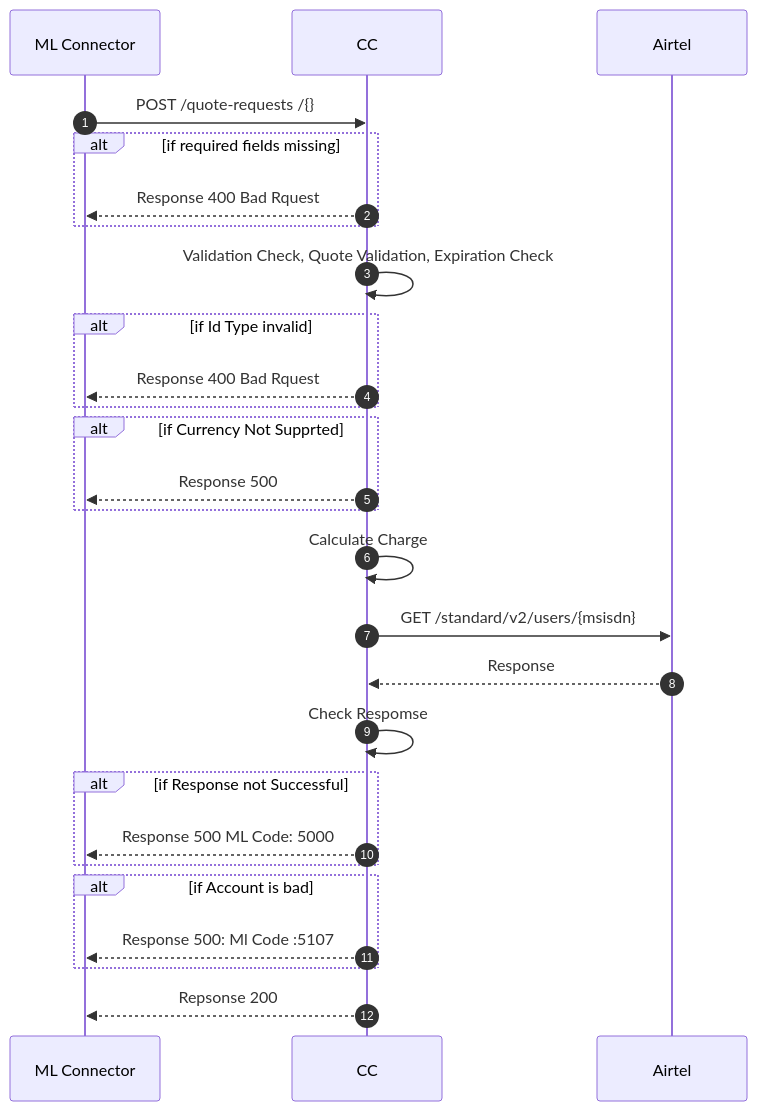
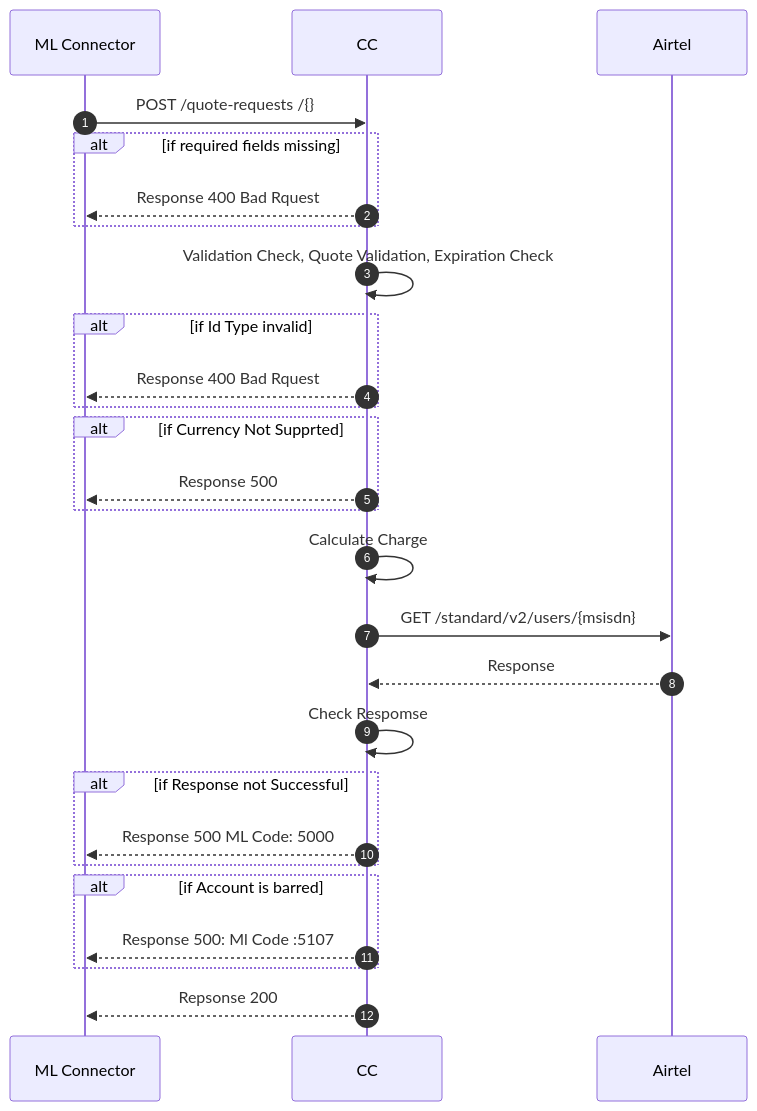
Before and after one commit to elijah0kello/airtel-core-connector: the diagram in docs/Payee-quote-request.md, drawn with Mermaid.

````diff
--- a/docs/Payee-quote-request.md
+++ b/docs/Payee-quote-request.md
@@ -1,26 +1,26 @@
 ```mermaid
    sequenceDiagram
 autoNumber
 ML Connector ->> CC: POST /quote-requests /{}
 Alt if required fields missing
 CC-->>ML Connector: Response 400 Bad Rquest
 End
 CC->> CC:Validation Check, Quote Validation, Expiration Check
 Alt if Id Type invalid
 CC-->>ML Connector: Response 400 Bad Rquest
 End
 Alt if Currency Not Supprted
 CC-->>ML Connector: Response 500
 End
 CC->>CC:Calculate Charge
 CC->> Airtel:GET /standard/v2/users/{msisdn}
 Airtel -->> CC:Response
 CC->>CC: Check Respomse
 Alt if Response not Successful
 CC-->>ML Connector: Response 500 ML Code: 5000
 End
-Alt if Account is bad
+Alt if Account is barred
 CC-->>ML Connector:Response 500: Ml Code :5107
 End
 CC-->>ML Connector: Repsonse 200
 ```
````
